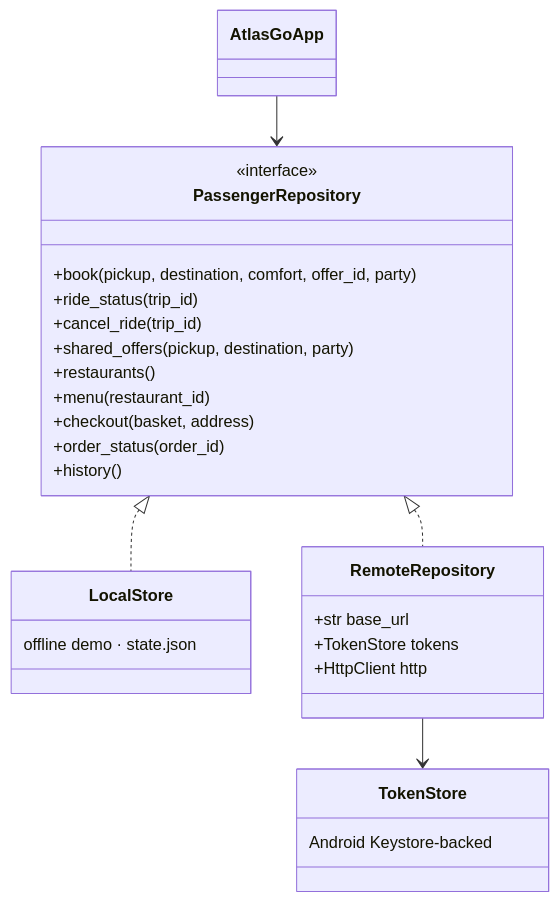
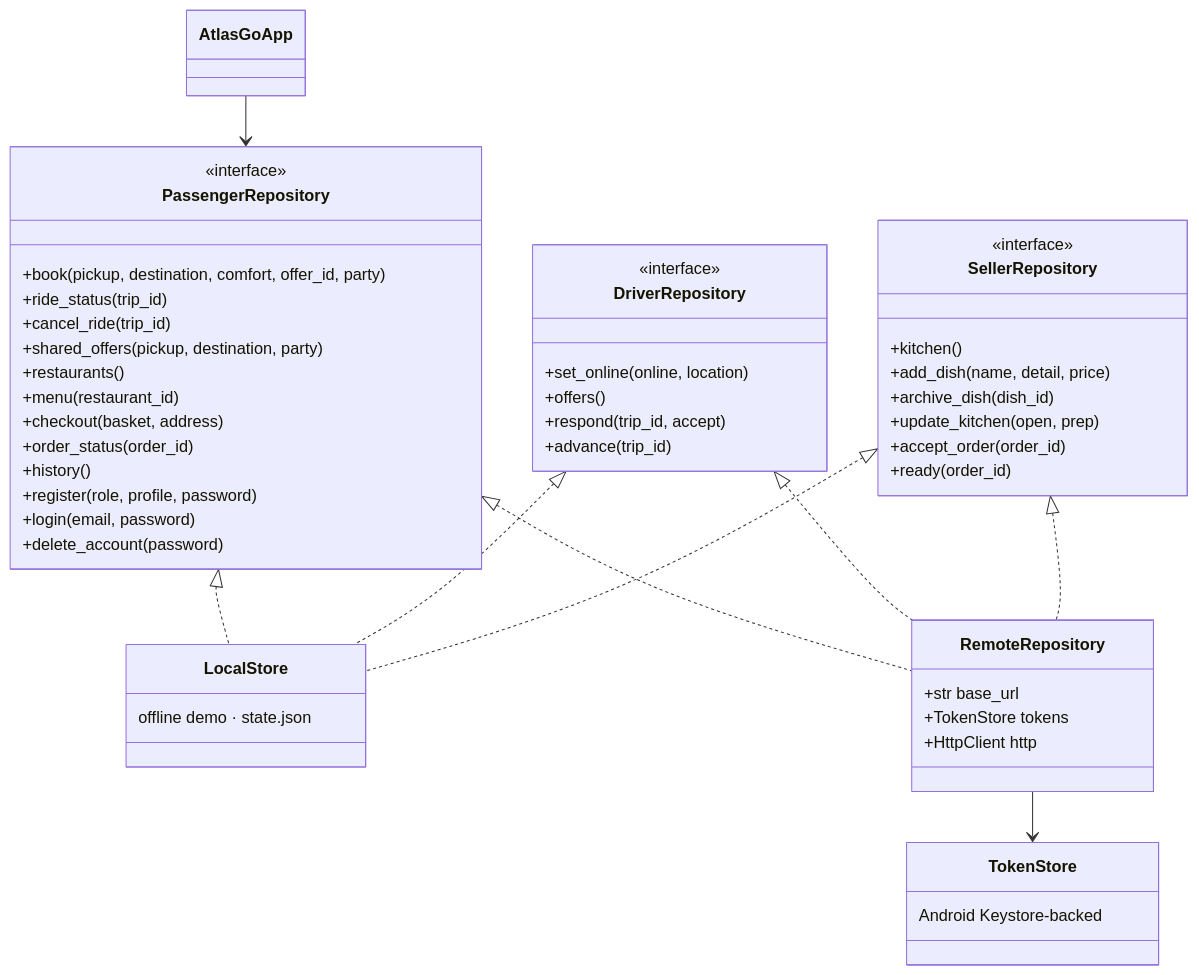
One commit to FUllSCIPTS/ATLAS changed diagram 22 of 24 in architecture-explorer/starter/docs/UML_BLUEPRINT.md. Above: the diagram before and after it, drawn with Mermaid. The commit also changed other lines of this file and 1 other file, not shown here.

Commit message:
UML blueprint: ATLAS Go 1.2.0 (accounts, live map, six on-device models)

````diff
--- a/architecture-explorer/starter/docs/UML_BLUEPRINT.md
+++ b/architecture-explorer/starter/docs/UML_BLUEPRINT.md
@@ -868,31 +1055,54 @@
 ```mermaid
 classDiagram
     class PassengerRepository {
         <<interface>>
         +book(pickup, destination, comfort, offer_id, party)
         +ride_status(trip_id)
         +cancel_ride(trip_id)
         +shared_offers(pickup, destination, party)
         +restaurants()
         +menu(restaurant_id)
         +checkout(basket, address)
         +order_status(order_id)
         +history()
+        +register(role, profile, password)
+        +login(email, password)
+        +delete_account(password)
+    }
+    class DriverRepository {
+        <<interface>>
+        +set_online(online, location)
+        +offers()
+        +respond(trip_id, accept)
+        +advance(trip_id)
+    }
+    class SellerRepository {
+        <<interface>>
+        +kitchen()
+        +add_dish(name, detail, price)
+        +archive_dish(dish_id)
+        +update_kitchen(open, prep)
+        +accept_order(order_id)
+        +ready(order_id)
     }
     class LocalStore {
         offline demo · state.json
     }
     class RemoteRepository {
         +str base_url
         +TokenStore tokens
         +HttpClient http
     }
     class TokenStore {
         Android Keystore-backed
     }
     class AtlasGoApp
     PassengerRepository <|.. LocalStore
     PassengerRepository <|.. RemoteRepository
+    DriverRepository <|.. LocalStore
+    DriverRepository <|.. RemoteRepository
+    SellerRepository <|.. LocalStore
+    SellerRepository <|.. RemoteRepository
     AtlasGoApp --> PassengerRepository
     RemoteRepository --> TokenStore
 ```
````
